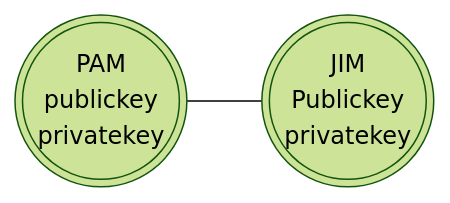
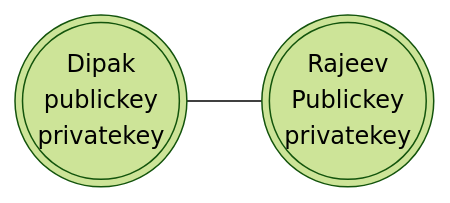
Diagram 14 of 14 in README.md (Rajeev-Tamang/OpenSSL), drawn with Mermaid (forest theme) before and after one commit. The commit also changed other lines of this file, not shown here.

````diff
--- a/README.md
+++ b/README.md
@@ -305,4 +305,4 @@
    ```mermaid
       graph LR
-      PAM(((PAM<br>publickey<br>privatekey)))---JIM(((JIM<br>Publickey<br>privatekey)))
+      Dipak(((Dipak<br>publickey<br>privatekey)))---Rajeev(((Rajeev<br>Publickey<br>privatekey)))
    ```
````
